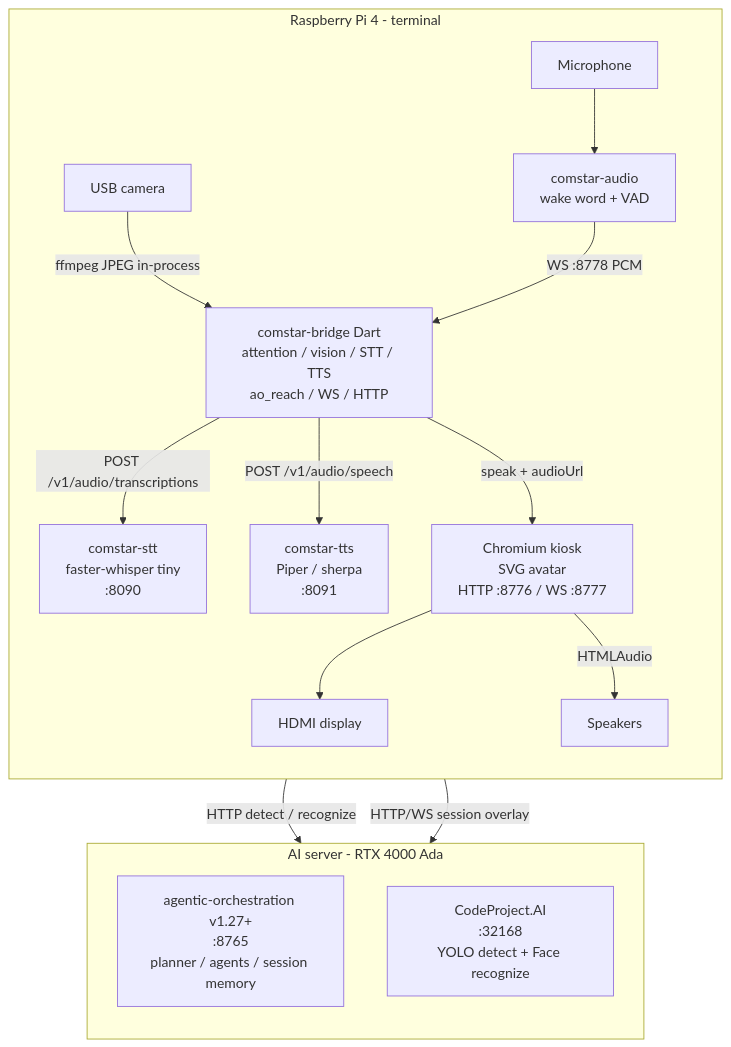
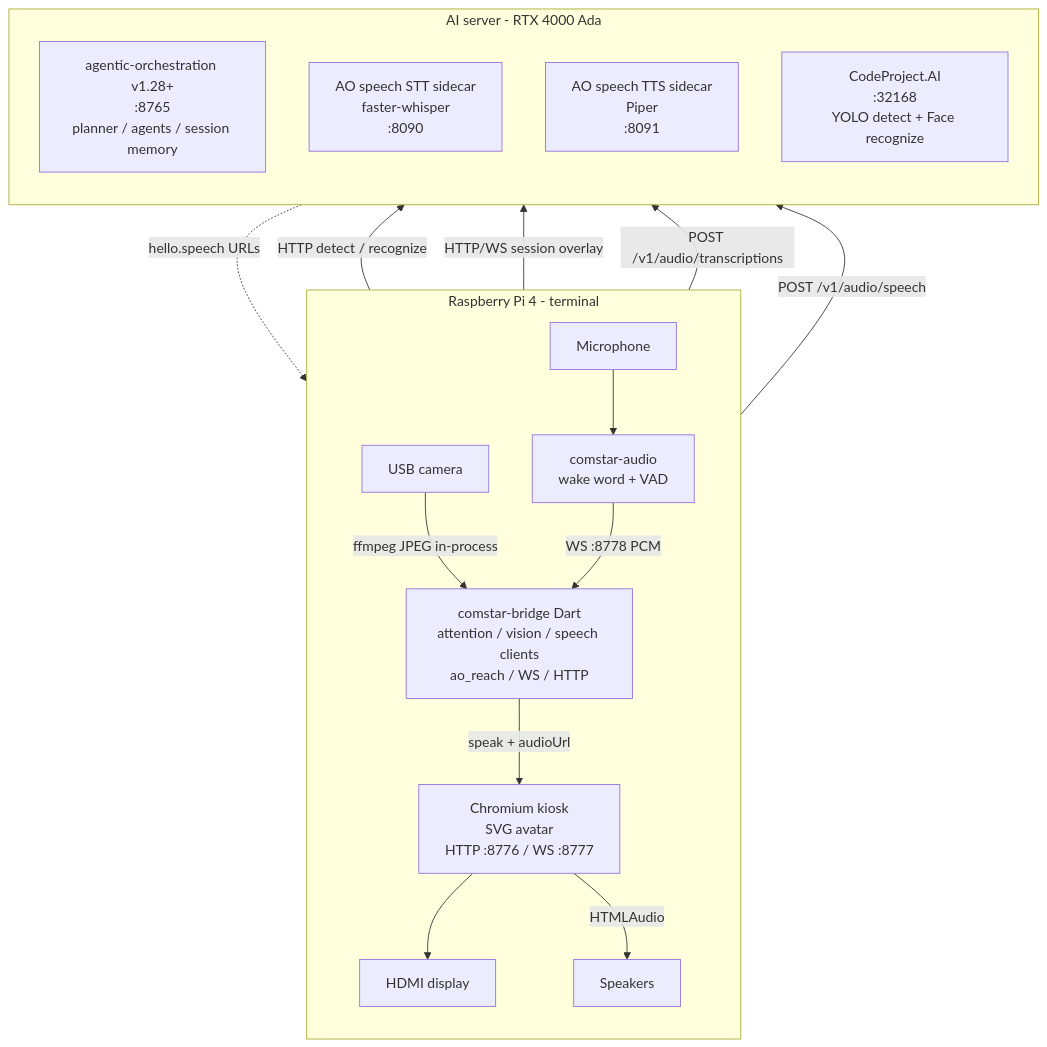
Before and after one commit to zlatko-lakisic/comstar: the diagram in README.md, drawn with Mermaid. The commit also changed other lines of this file and 19 other files, not shown here.

First line of the commit message:
Enhance speech processing architecture and update documentation for AO integration.

````diff
--- a/README.md
+++ b/README.md
@@ -77,34 +77,35 @@
 ```mermaid
 flowchart TB
   subgraph pi ["Raspberry Pi 4 - terminal"]
     direction TB
     cam["USB camera"]
     mic["Microphone"]
     display["HDMI display"]
     speakers["Speakers"]
 
     audio["comstar-audio<br/>wake word + VAD"]
-    stt["comstar-stt<br/>faster-whisper tiny<br/>:8090"]
-    tts["comstar-tts<br/>Piper / sherpa<br/>:8091"]
-    bridge["comstar-bridge Dart<br/>attention / vision / STT / TTS<br/>ao_reach / WS / HTTP"]
+    bridge["comstar-bridge Dart<br/>attention / vision / speech clients<br/>ao_reach / WS / HTTP"]
     kiosk["Chromium kiosk<br/>SVG avatar<br/>HTTP :8776 / WS :8777"]
 
     cam -->|"ffmpeg JPEG in-process"| bridge
     mic --> audio
     audio -->|"WS :8778 PCM"| bridge
-    bridge -->|"POST /v1/audio/transcriptions"| stt
-    bridge -->|"POST /v1/audio/speech"| tts
     bridge -->|"speak + audioUrl"| kiosk
     kiosk --> display
     kiosk -->|"HTMLAudio"| speakers
   end
 
   subgraph server ["AI server - RTX 4000 Ada"]
     direction TB
-    ao["agentic-orchestration v1.27+<br/>:8765<br/>planner / agents / session memory"]
+    ao["agentic-orchestration v1.28+<br/>:8765<br/>planner / agents / session memory"]
+    stt["AO speech STT sidecar<br/>faster-whisper<br/>:8090"]
+    tts["AO speech TTS sidecar<br/>Piper<br/>:8091"]
     cpai["CodeProject.AI<br/>:32168<br/>YOLO detect + Face recognize"]
   end
 
   bridge -->|"HTTP detect / recognize"| cpai
   bridge -->|"HTTP/WS session overlay"| ao
+  ao -.->|"hello.speech URLs"| bridge
+  bridge -->|"POST /v1/audio/transcriptions"| stt
+  bridge -->|"POST /v1/audio/speech"| tts
 ```
````
